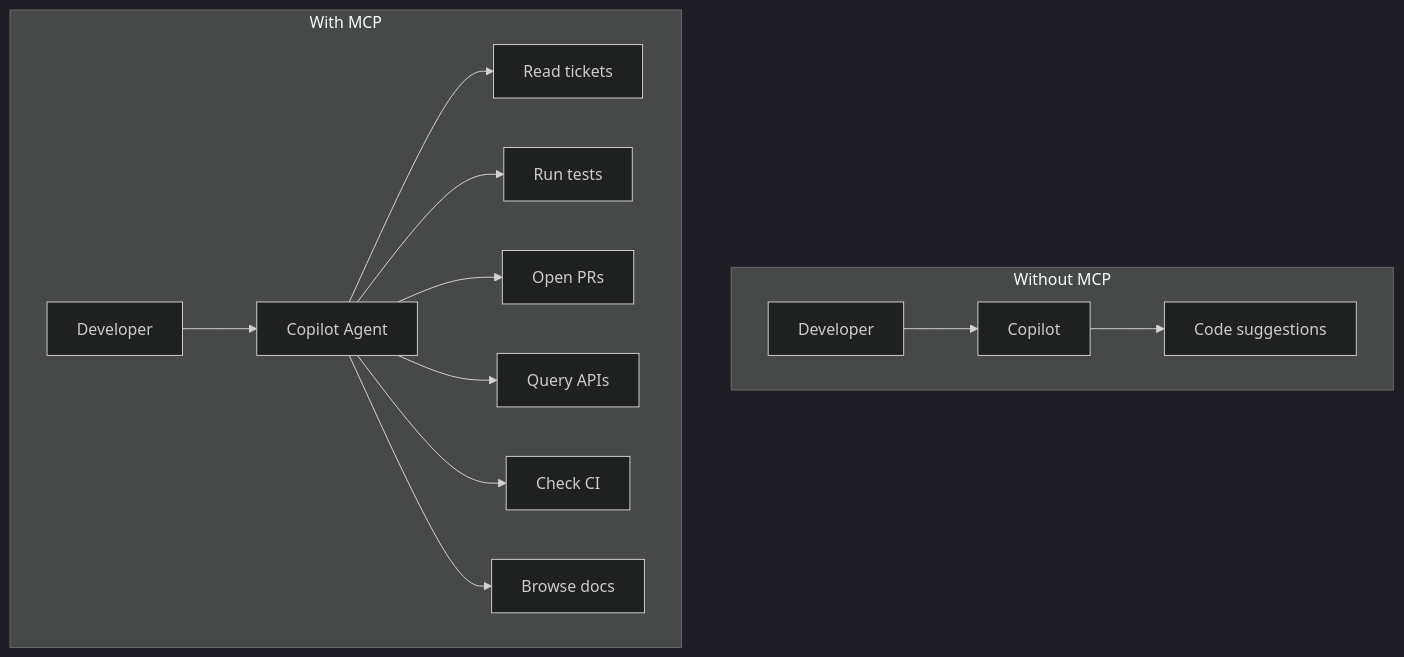
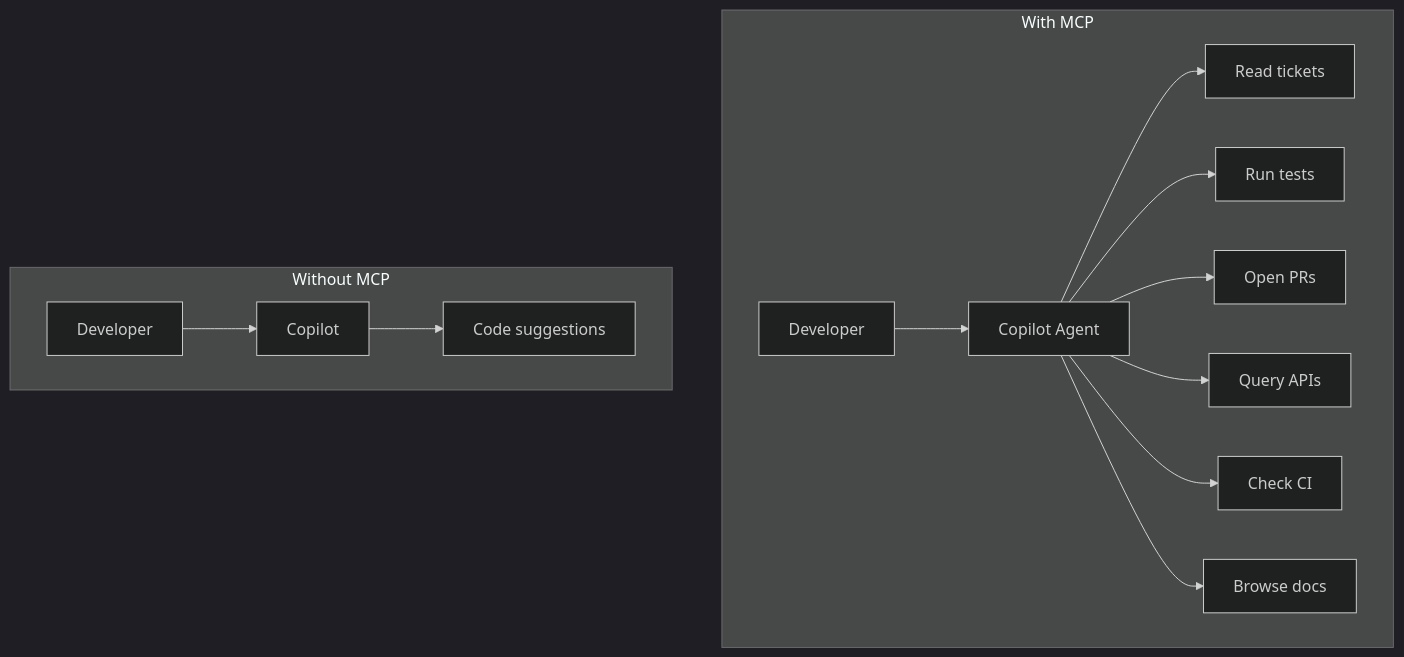
One commit to juangcarmona/github_copilot_000_hub changed the diagram in slides/pages/301/workflow-shift.md. Above: the diagram before and after it, drawn with Mermaid (dark theme). The commit also changed 10 other files, not shown here.

````diff
--- a/slides/pages/301/workflow-shift.md
+++ b/slides/pages/301/workflow-shift.md
@@ -10,18 +10,19 @@
 ```mermaid
 flowchart TB
-  subgraph Before["Without MCP"]
-    direction LR
-    B1["Developer"] --> B2["Copilot"]
-    B2 --> B3["Code suggestions"]
-  end
+
   subgraph After["With MCP"]
     direction LR
     A1["Developer"] --> A2["Copilot Agent"]
     A2 --> A3["Read tickets"]
     A2 --> A4["Run tests"]
     A2 --> A5["Open PRs"]
     A2 --> A6["Query APIs"]
     A2 --> A7["Check CI"]
     A2 --> A8["Browse docs"]
   end
+  subgraph Before["Without MCP"]
+    direction LR
+    B1["Developer"] --> B2["Copilot"]
+    B2 --> B3["Code suggestions"]
+  end
 ```
````
